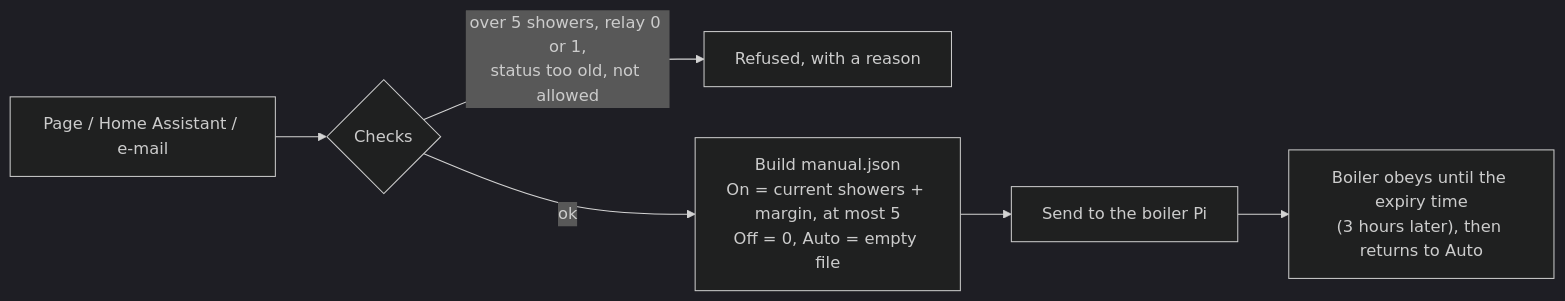
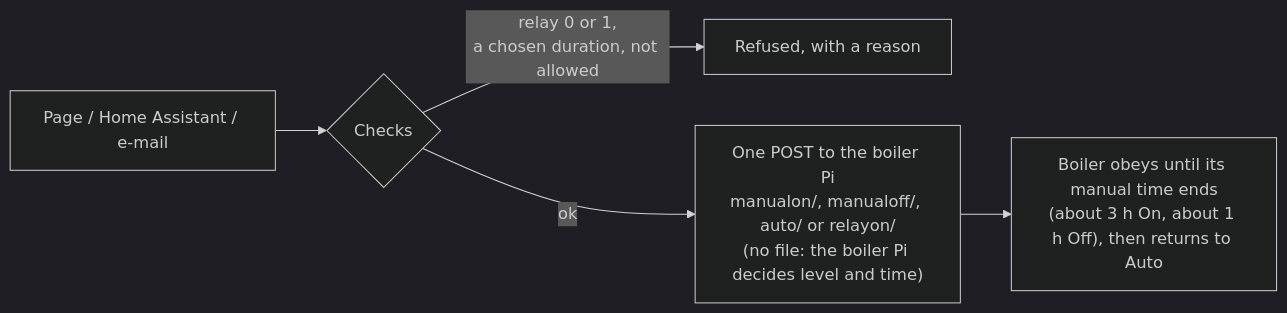
One commit to emarelly/Orchestrator changed the third of 4 diagrams in README.md. Above: the diagram before and after it, drawn with Mermaid (dark theme). The commit also changed other lines of this file and 28 other files, not shown here.

First line of the commit message:
Manual control through the boiler Pi's own endpoints (FR-MAN-1..7, FR-LEG-6, OQ-14, OQ-16, OQ-17)

````diff
--- a/README.md
+++ b/README.md
@@ -101,8 +101,7 @@
 ```mermaid
 flowchart LR
     a["Page / Home Assistant / e-mail"] --> b{"Checks"}
-    b -->|"over 5 showers, relay 0 or 1,<br/>status too old, not allowed"| x["Refused, with a reason"]
-    b -->|"ok"| c["Build manual.json<br/>On = current showers + margin, at most 5<br/>Off = 0, Auto = empty file"]
-    c --> d["Send to the boiler Pi"]
-    d --> e["Boiler obeys until the expiry time<br/>(3 hours later), then returns to Auto"]
+    b -->|"relay 0 or 1,<br/>a chosen duration, not allowed"| x["Refused, with a reason"]
+    b -->|"ok"| c["One POST to the boiler Pi<br/>manualon/, manualoff/, auto/ or relayon/<br/>(no file: the boiler Pi decides level and time)"]
+    c --> e["Boiler obeys until its manual time ends<br/>(about 3 h On, about 1 h Off), then returns to Auto"]
 ```
````
